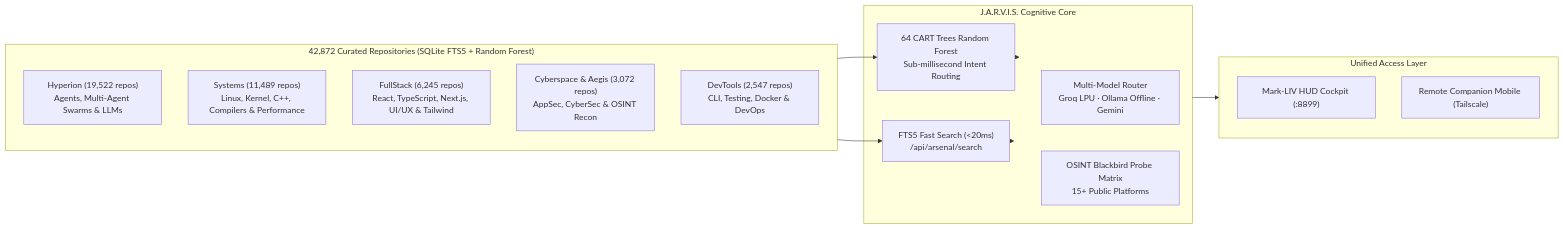
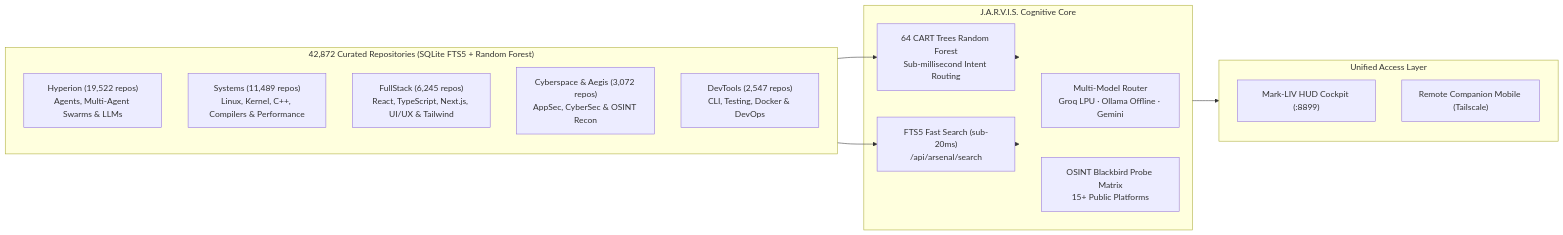
Before and after one commit to robertoatila/jarvis-skill-registry: the fourth of 4 diagrams in README.md, drawn with Mermaid. The commit also changed other lines of this file, not shown here.

Commit message:
fix(readme): resolve mermaid syntax error in multimodal execution diagram

````diff
--- a/README.md
+++ b/README.md
@@ -239,23 +239,23 @@
 ```mermaid
 flowchart LR
     subgraph ARSENAL["42,872 Curated Repositories (SQLite FTS5 + Random Forest)"]
         H["Hyperion (19,522 repos)<br/>Agents, Multi-Agent Swarms & LLMs"]
         S["Systems (11,489 repos)<br/>Linux, Kernel, C++, Compilers & Performance"]
         F["FullStack (6,245 repos)<br/>React, TypeScript, Next.js, UI/UX & Tailwind"]
         C["Cyberspace & Aegis (3,072 repos)<br/>AppSec, CyberSec & OSINT Recon"]
         D["DevTools (2,547 repos)<br/>CLI, Testing, Docker & DevOps"]
     end
     subgraph ENGINE["J.A.R.V.I.S. Cognitive Core"]
         RF["64 CART Trees Random Forest<br/>Sub-millisecond Intent Routing"]
-        FTS["FTS5 Fast Search (&lt;20ms)<br/>/api/arsenal/search"]
+        FTS["FTS5 Fast Search (sub-20ms)<br/>/api/arsenal/search"]
         ROUTER["Multi-Model Router<br/>Groq LPU · Ollama Offline · Gemini"]
         OSINT["OSINT Blackbird Probe Matrix<br/>15+ Public Platforms"]
     end
     subgraph ACCESS["Unified Access Layer"]
         HUD["Mark-LIV HUD Cockpit (:8899)"]
         REMOTE["Remote Companion Mobile (Tailscale)"]
     end
 
     ARSENAL --> RF --> ENGINE --> ACCESS
     ARSENAL --> FTS --> ENGINE
 ```
````
